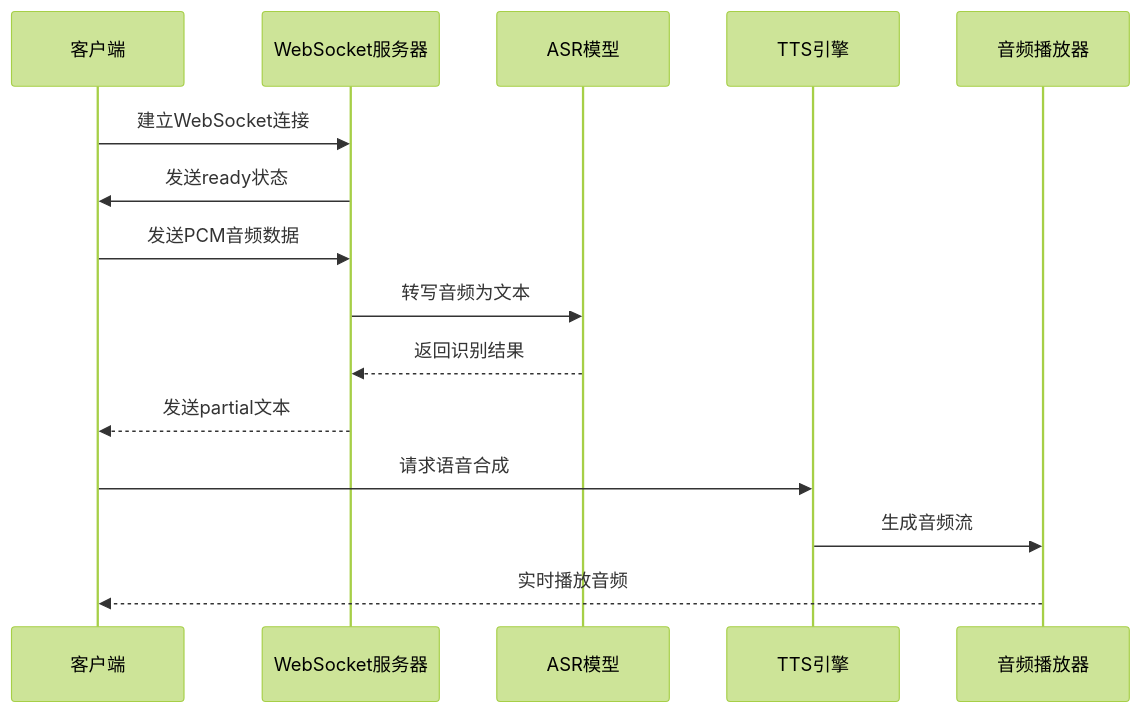
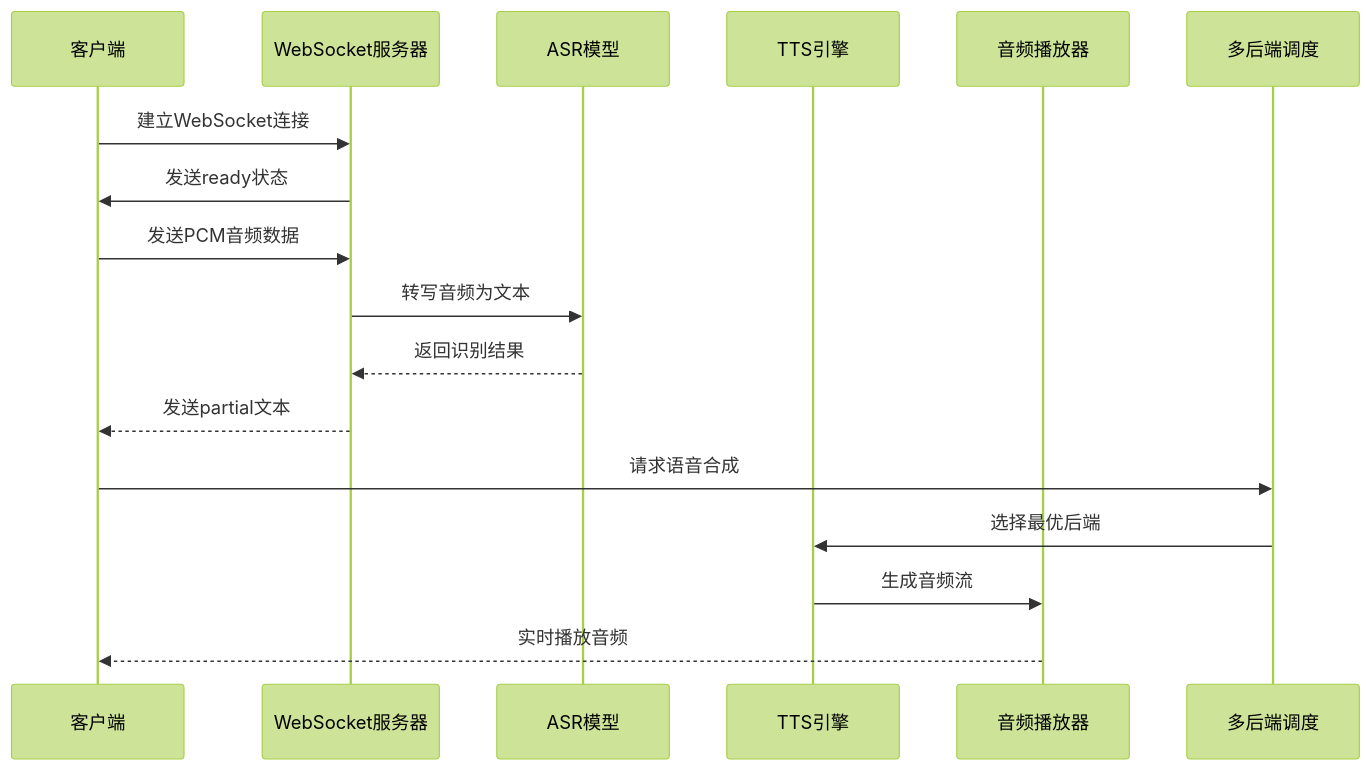
The second of 11 diagrams in .qoder/repowiki/zh/content/语音合成服务/实时TTS合成.md (1024dashen/Vue3Speech), drawn with Mermaid (forest theme) before and after one commit. The commit also changed other lines of this file and 9 other files, not shown here.

````diff
--- a/.qoder/repowiki/zh/content/语音合成服务/实时TTS合成.md
+++ b/.qoder/repowiki/zh/content/语音合成服务/实时TTS合成.md
@@ -119,17 +153,19 @@
 ```mermaid
 sequenceDiagram
 participant Client as 客户端
 participant WebSocket as WebSocket服务器
 participant ASR as ASR模型
 participant TTS as TTS引擎
 participant Audio as 音频播放器
+participant Backend as 多后端调度
 Client->>WebSocket : 建立WebSocket连接
 WebSocket->>Client : 发送ready状态
 Client->>WebSocket : 发送PCM音频数据
 WebSocket->>ASR : 转写音频为文本
 ASR-->>WebSocket : 返回识别结果
 WebSocket-->>Client : 发送partial文本
-Client->>TTS : 请求语音合成
+Client->>Backend : 请求语音合成
+Backend->>TTS : 选择最优后端
 TTS->>Audio : 生成音频流
 Audio-->>Client : 实时播放音频
 ```
````
